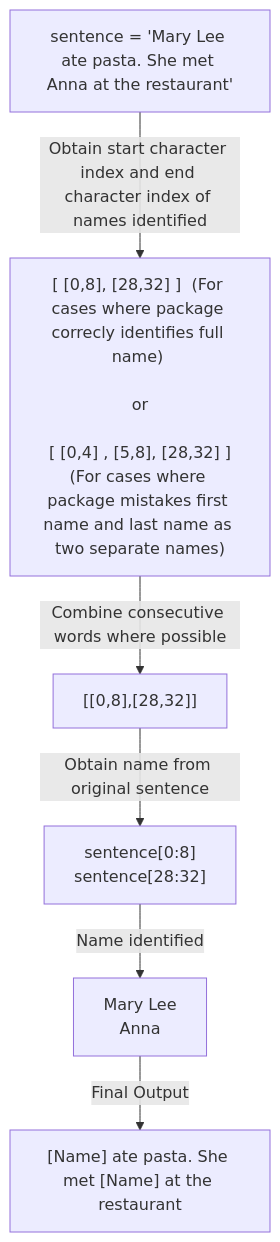
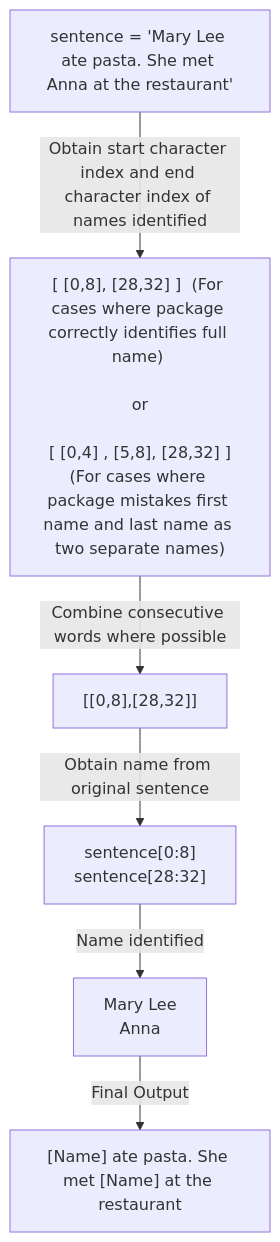
Before and after one commit to joeytxy/anonymization_tool: the second of 3 diagrams in README.md, drawn with Mermaid.

````diff
--- a/README.md
+++ b/README.md
@@ -217,9 +217,9 @@
 ```mermaid
 flowchart TD
   A[sentence = 'Mary Lee ate pasta. She met Anna at the restaurant'];
-  A -- Obtain start character index and end character index of names identified --> B["[ [0,8], [28,32] ]  (For cases where package correcly identifies full name) <br/><br/> or <br/><br/> [ [0,4] , [5,8], [28,32] ] (For cases where package mistakes first name and last name as two separate names)"];
+  A -- Obtain start character index and end character index of names identified --> B["[ [0,8], [28,32] ]  (For cases where package correctly identifies full name) <br/><br/> or <br/><br/> [ [0,4] , [5,8], [28,32] ] (For cases where package mistakes first name and last name as two separate names)"];
   B -- Combine consecutive words where possible --> C["[[0,8],[28,32]]"];
   C -- Obtain name from original sentence --> D["sentence[0:8] <br/> sentence[28:32]"];
   D -- Name identified --> E[Mary Lee \n Anna];
   E -- Final Output --> H["[Name] ate pasta. She met [Name] at the restaurant"] 
 ```
````
